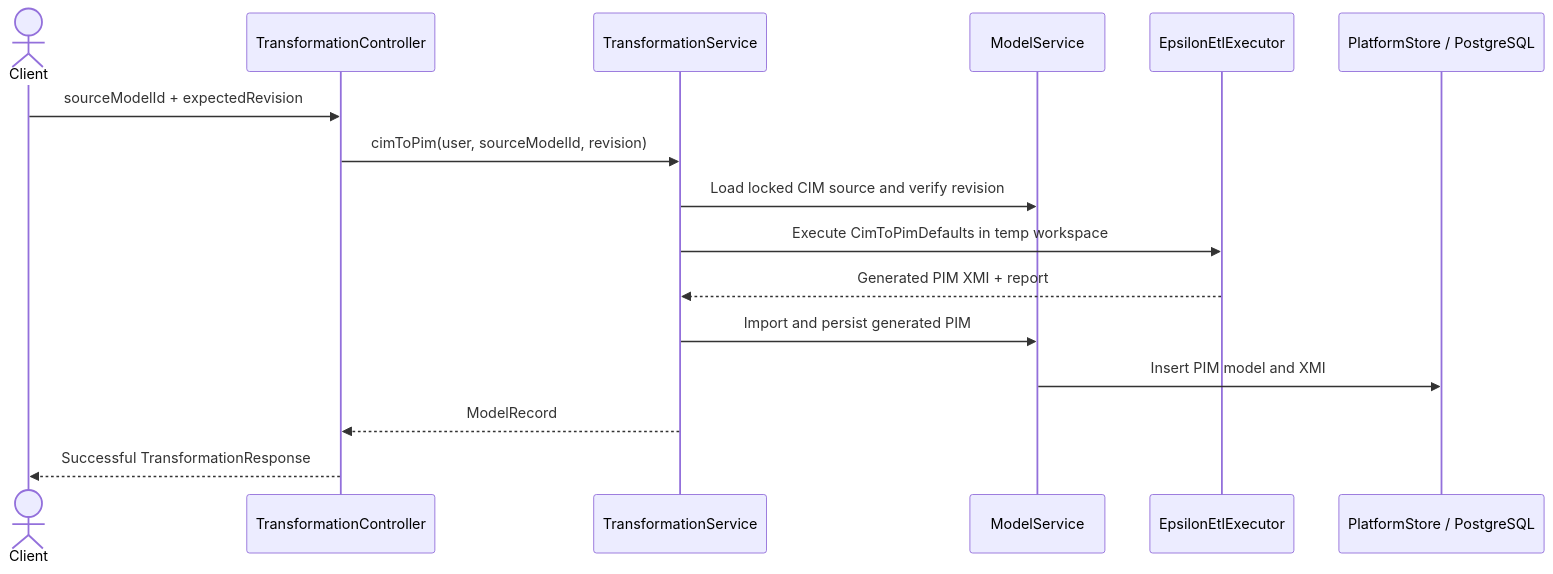
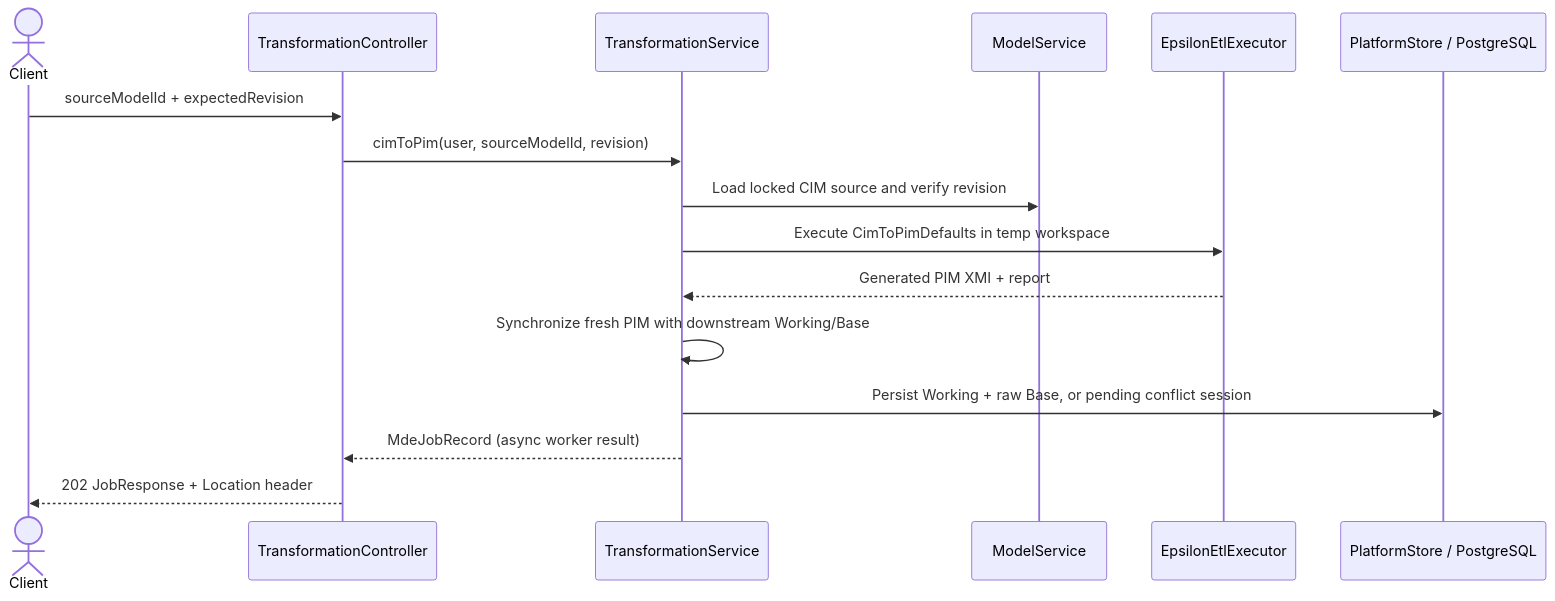
The first of 11 diagrams in docs/diagrams/11-api-transformation-artifact-sequences.md (mehdieidi/modriss), drawn with Mermaid before and after one commit. The commit also changed other lines of this file and 13 other files, not shown here.

````diff
--- a/docs/diagrams/11-api-transformation-artifact-sequences.md
+++ b/docs/diagrams/11-api-transformation-artifact-sequences.md
@@ -5,18 +5,18 @@
 ```mermaid
 sequenceDiagram
     actor Client
     participant C as TransformationController
     participant T as TransformationService
     participant M as ModelService
     participant ETL as EpsilonEtlExecutor
     participant DB as PlatformStore / PostgreSQL
     Client->>C: sourceModelId + expectedRevision
     C->>T: cimToPim(user, sourceModelId, revision)
     T->>M: Load locked CIM source and verify revision
     T->>ETL: Execute CimToPimDefaults in temp workspace
     ETL-->>T: Generated PIM XMI + report
-    T->>M: Import and persist generated PIM
-    M->>DB: Insert PIM model and XMI
-    T-->>C: ModelRecord
-    C-->>Client: Successful TransformationResponse
+    T->>T: Synchronize fresh PIM with downstream Working/Base
+    T->>DB: Persist Working + raw Base, or pending conflict session
+    T-->>C: MdeJobRecord (async worker result)
+    C-->>Client: 202 JobResponse + Location header
 ```
````
